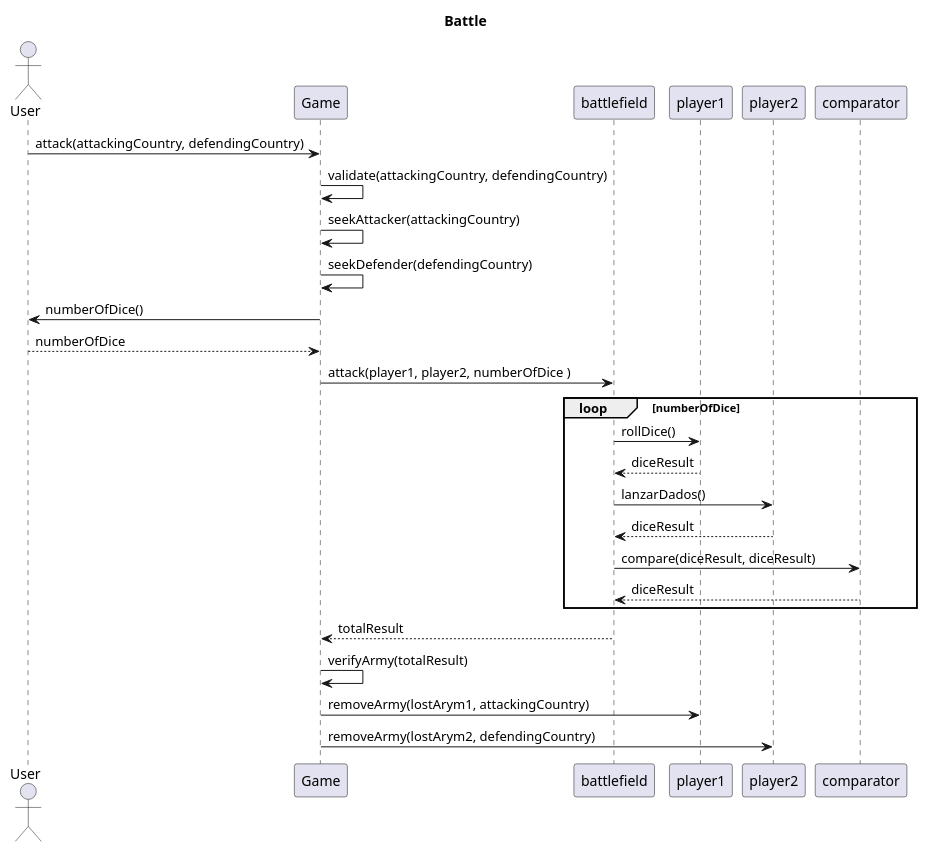
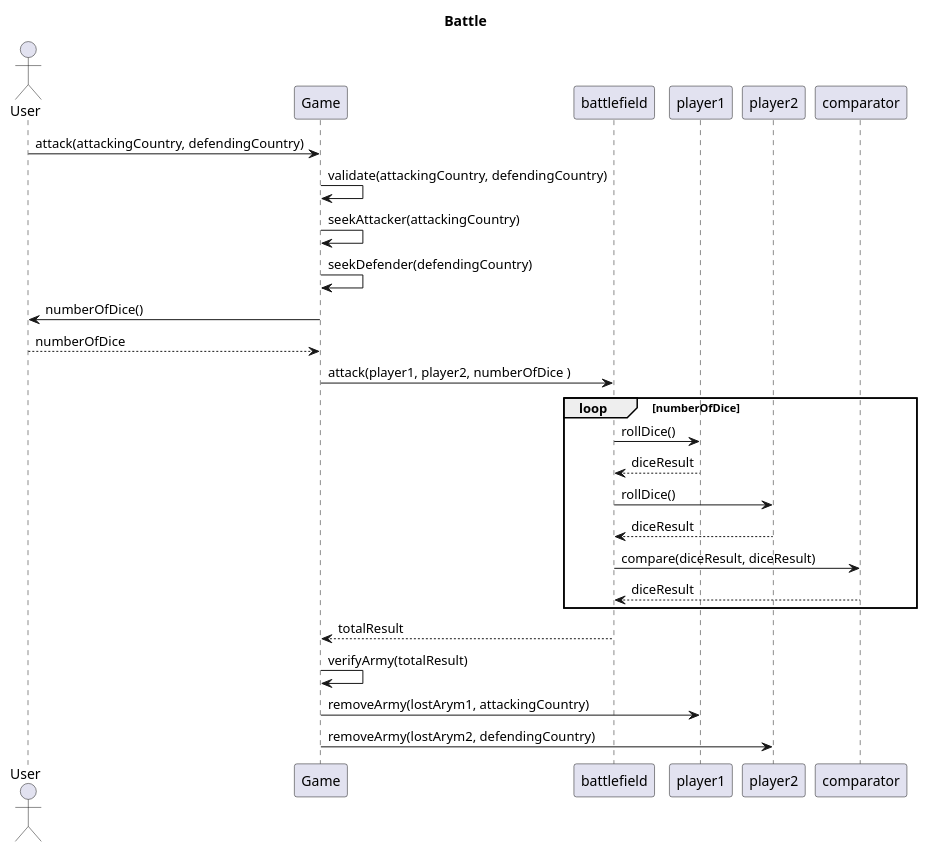
The diagram in src/definirBatalla.puml (NahuelNGomez/TEG), drawn with PlantUML before and after one commit.

Commit message:
First diagrams

```diff
--- a/src/definirBatalla.puml
+++ b/src/definirBatalla.puml
@@ -1,30 +1,30 @@
 @startuml
 title "Battle"
 actor User
 User -> Game: attack(attackingCountry, defendingCountry)
 Game -> Game: validate(attackingCountry, defendingCountry)
 
 Game -> Game: seekAttacker(attackingCountry)
 Game -> Game: seekDefender(defendingCountry)
 Game -> User : numberOfDice()
 User --> Game: numberOfDice
 Game -> battlefield: attack(player1, player2, numberOfDice )
 
 
 loop numberOfDice
 battlefield -> player1: rollDice()
 player1 --> battlefield : diceResult
 
-battlefield ->player2: lanzarDados()
+battlefield ->player2: rollDice()
 player2 --> battlefield : diceResult
 
 battlefield -> comparator: compare(diceResult, diceResult)
 comparator --> battlefield: diceResult
 end
 battlefield --> Game : totalResult
 
 Game -> Game : verifyArmy(totalResult)
 
 Game -> player1 : removeArmy(lostArym1, attackingCountry)
 Game -> player2 : removeArmy(lostArym2, defendingCountry)
 @enduml
```
